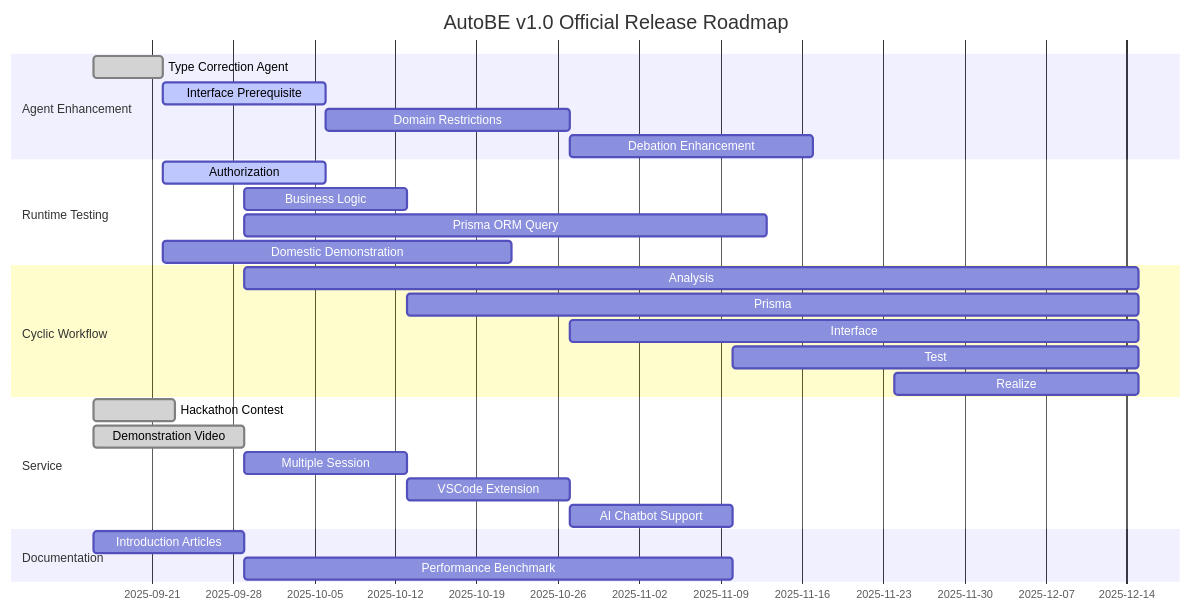
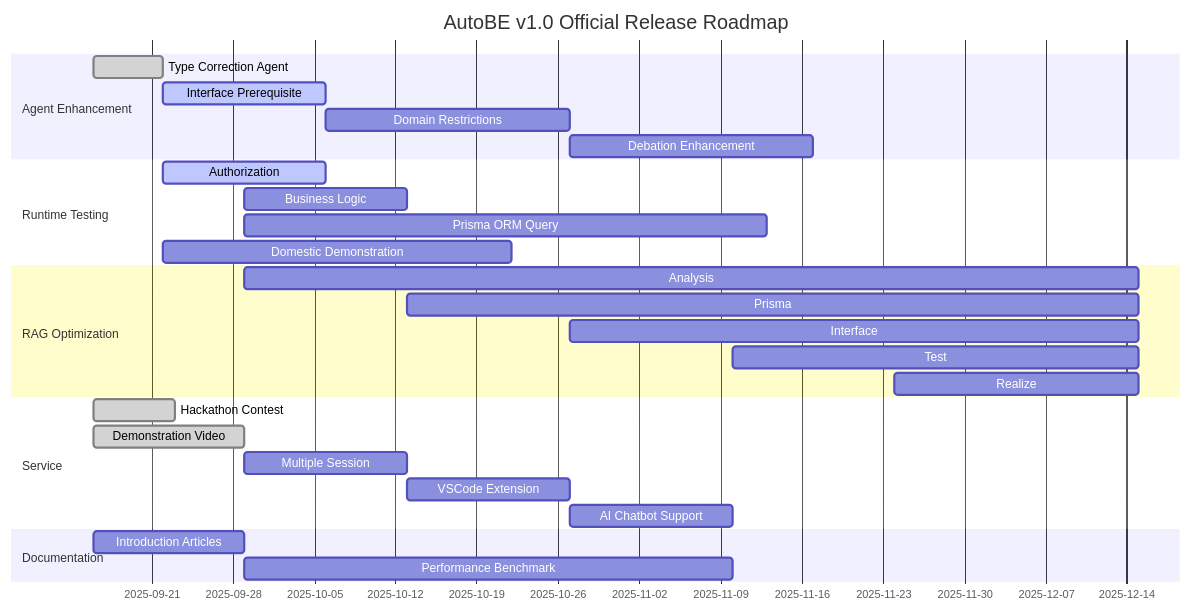
One commit to RavenView-ai/autobe changed the diagram in website/src/content/docs/roadmap/v1.0.mdx. Above: the diagram before and after it, drawn with Mermaid. The commit also changed other lines of this file, not shown here.

Commit message:
change title to be RAG

````diff
--- a/website/src/content/docs/roadmap/v1.0.mdx
+++ b/website/src/content/docs/roadmap/v1.0.mdx
@@ -6,35 +6,35 @@
 ```mermaid
 gantt
   dateFormat YYYY-MM-DD
   title AutoBE v1.0 Official Release Roadmap
 
   section Agent Enhancement
   Type Correction Agent :   done,  2025-09-16,  6d
   Interface Prerequisite: active,  2025-09-22, 14d
   Domain Restrictions   : planned, 2025-10-06, 21d
   Debation Enhancement  : planned, 2025-10-27, 21d
 
   section Runtime Testing
   Authorization         : active,  2025-09-22, 14d
   Business Logic        : planned, 2025-09-29, 14d
   Prisma ORM Query      : planned, 2025-09-29, 45d
   Domestic Demonstration: planned, 2025-09-22, 30d
 
-  section Cyclic Workflow
+  section RAG Optimization
   Analysis : planned, 2025-09-29, 77d
   Prisma   : planned, 2025-10-13, 63d
   Interface: planned, 2025-10-27, 49d
   Test     : planned, 2025-11-10, 35d
   Realize  : planned, 2025-11-24, 21d
 
   section Service
   Hackathon Contest  : done,    2025-09-16,  7d
   Demonstration Video: done,    2025-09-16, 13d
   Multiple Session   : planned, 2025-09-29, 14d
   VSCode Extension   : planned, 2025-10-13, 14d
   AI Chatbot Support : planned, 2025-10-27, 14d
 
   section Documentation
   Introduction Articles: 2025-09-16, 13d
   Performance Benchmark: 2025-09-29, 42d
 ```
````
